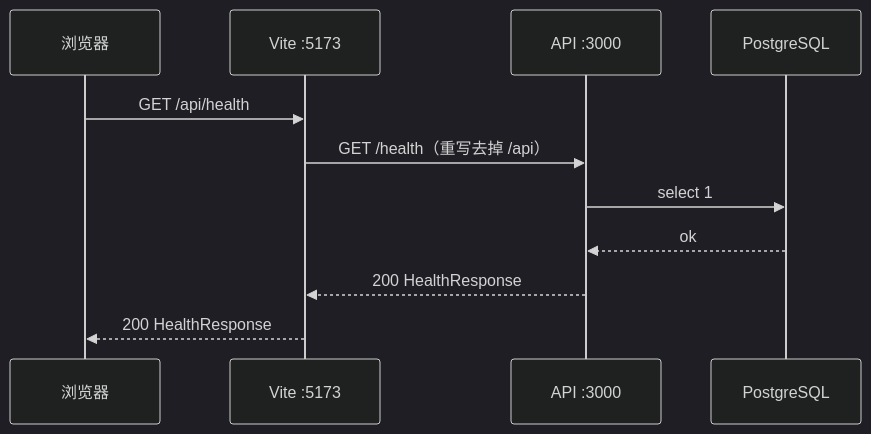
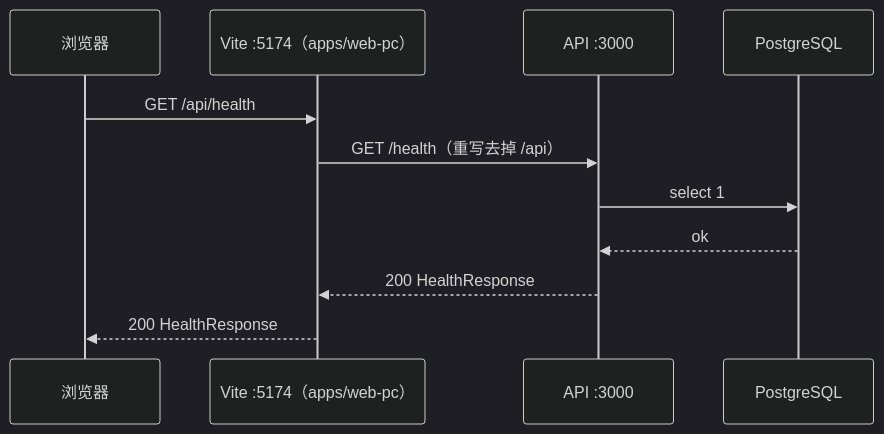
One commit to zzstar101/FISH changed the second of 4 diagrams in docs/architecture.md. Above: the diagram before and after it, drawn with Mermaid (dark theme). The commit also changed other lines of this file and 224 other files, not shown here.

First line of the commit message:
chore(infra): 移除 apps/web 移动端 PWA，品牌图改由 API 托管 (#325) (#334)

````diff
--- a/docs/architecture.md
+++ b/docs/architecture.md
@@ -96,14 +93,14 @@
 ```mermaid
 sequenceDiagram
   participant B as 浏览器
-  participant W as Vite :5173
+  participant W as Vite :5174（apps/web-pc）
   participant A as API :3000
   participant P as PostgreSQL
 
   B->>W: GET /api/health
   W->>A: GET /health（重写去掉 /api）
   A->>P: select 1
   P-->>A: ok
   A-->>W: 200 HealthResponse
   W-->>B: 200 HealthResponse
 ```
````
